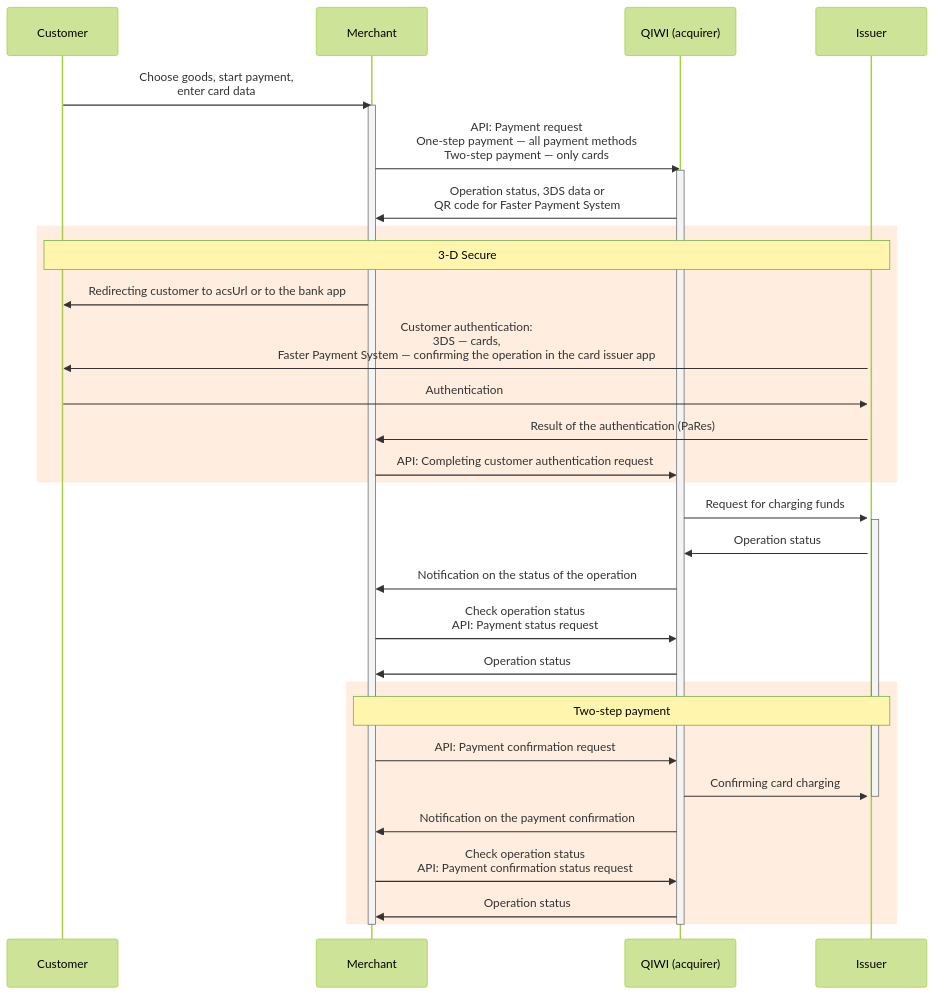
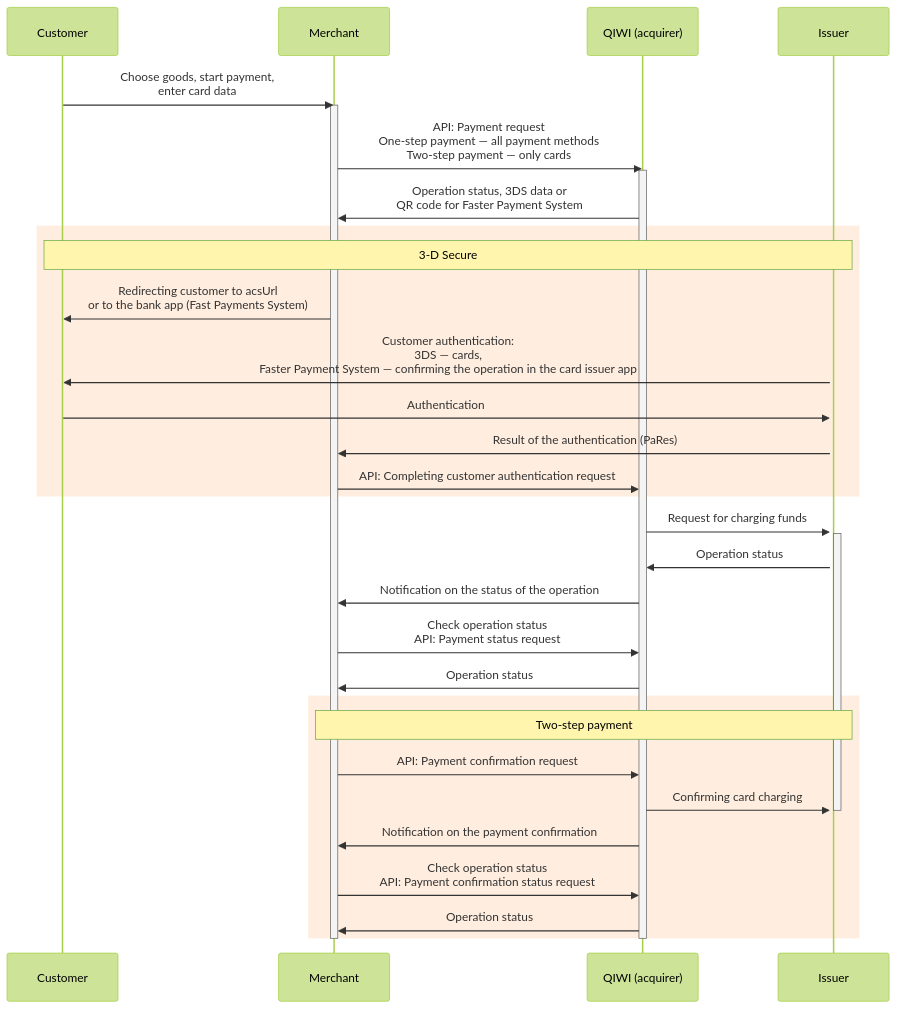
The diagram in _merchant-form_en.html.md (QIWI-API/payments-docs), drawn with Mermaid (forest theme) before and after one commit. The commit also changed other lines of this file and 23 other files, not shown here.

```diff
--- a/_merchant-form_en.html.md
+++ b/_merchant-form_en.html.md
@@ -17,38 +17,38 @@
 <div class="mermaid">
 sequenceDiagram
 participant customer as Customer
 participant store as Merchant
 participant qb as QIWI (acquirer)
 participant ips as Issuer
 customer->>store:Choose goods, start payment,<br/>enter card data
 activate store
 store->>qb:API: Payment request<br/>One-step payment — all payment methods<br/>Two-step payment — only cards
 activate qb
 qb->>store:Operation status, 3DS data or<br/>QR code for Faster Payment System
 rect rgb(255, 238, 223)
 Note over customer, ips:3-D Secure
-store->>customer:Redirecting customer to acsUrl or to the bank app
+store->>customer:Redirecting customer to acsUrl<br/>or to the bank app (Fast Payments System)
 activate ips
 ips->>customer:Customer authentication:<br/>3DS — cards,<br/>Faster Payment System — confirming the operation in the card issuer app
 customer->>ips:Authentication
 ips->>store:Result of the authentication (PaRes)
 store->>qb:API: Completing customer authentication request
 end
 qb->>ips:Request for charging funds
 activate ips
 ips->>qb:Operation status
 qb->>store:Notification on the status of the operation
 store->>qb: Check operation status<br/>API: Payment status request
 qb->>store: Operation status
 rect rgb(255, 238, 223)
 Note over store, ips:Two-step payment
 store->>qb:API: Payment confirmation request
 qb->>ips:Confirming card charging
 deactivate ips
 qb->>store:Notification on the payment confirmation
 store->>qb: Check operation status<br/>API: Payment confirmation status request
 qb->>store: Operation status
 end
 deactivate qb
 deactivate store
 </div>
```
